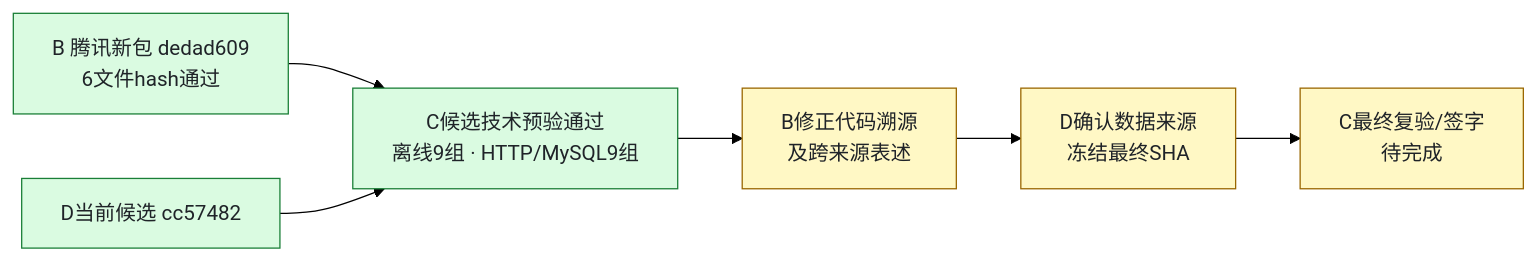
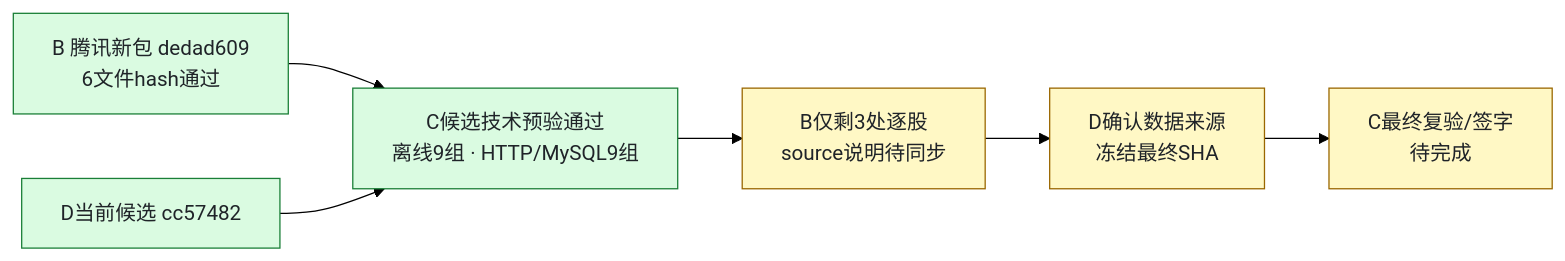
One commit to 27ye/ai-quant-platform changed the diagram in docs/C_PROGRESS.md. Above: the diagram before and after it, drawn with Mermaid (forest theme). The commit also changed other lines of this file and 6 other files, not shown here.

````diff
--- a/docs/C_PROGRESS.md
+++ b/docs/C_PROGRESS.md
@@ -7,12 +7,12 @@
 ```mermaid
 flowchart LR
     B["B 腾讯新包 dedad609<br/>6文件hash通过"] --> C["C候选技术预验通过<br/>离线9组 · HTTP/MySQL9组"]
     D["D当前候选 cc57482"] --> C
-    C --> M["B修正代码溯源<br/>及跨来源表述"]
+    C --> M["B仅剩3处逐股<br/>source说明待同步"]
     M --> F["D确认数据来源<br/>冻结最终SHA"]
     F --> S["C最终复验/签字<br/>待完成"]
     classDef done fill:#dafbe1,stroke:#1a7f37,color:#1f2328
     classDef pending fill:#fff8c5,stroke:#9a6700,color:#1f2328
     class B,C,D done
     class M,F,S pending
 ```
````
